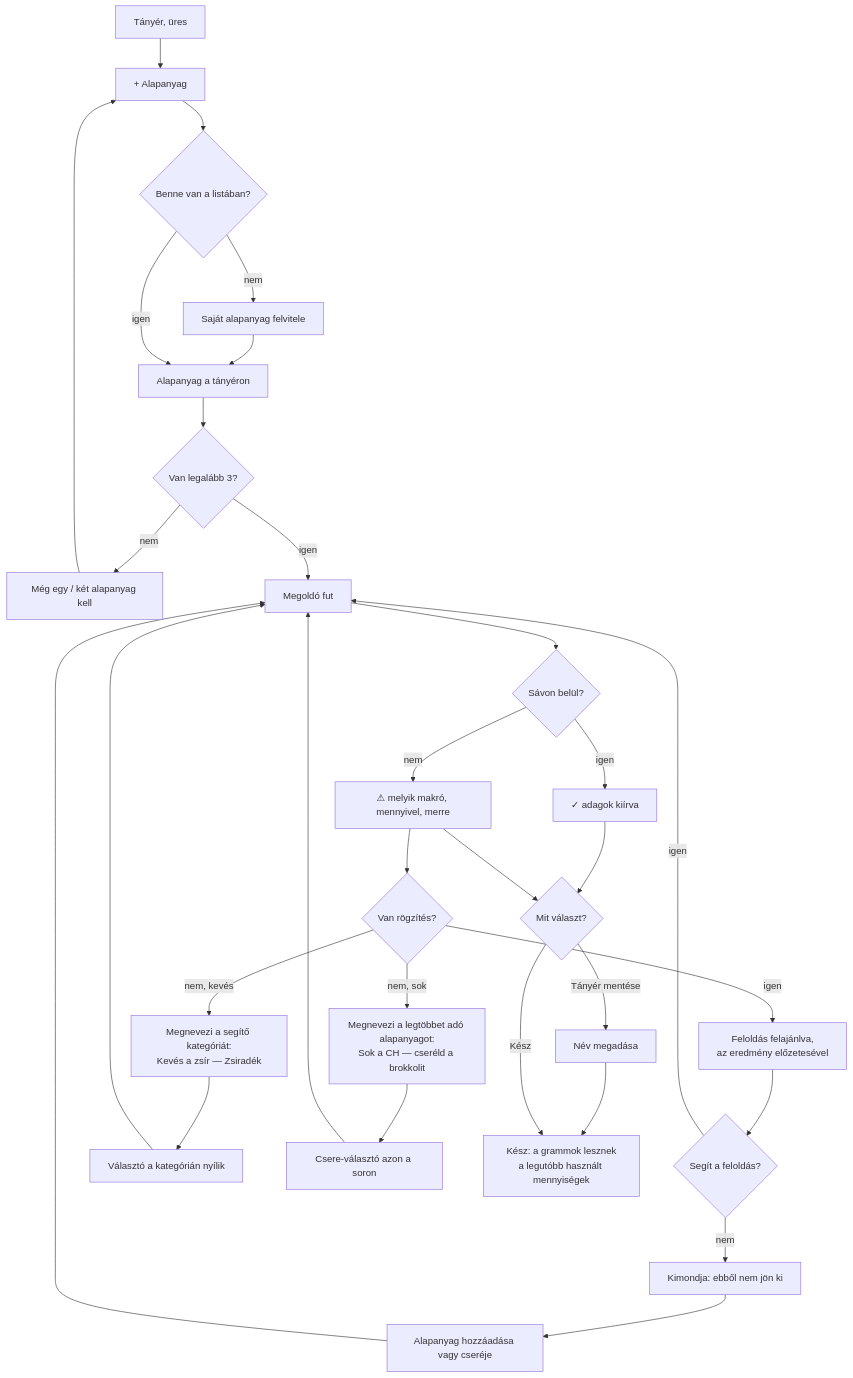
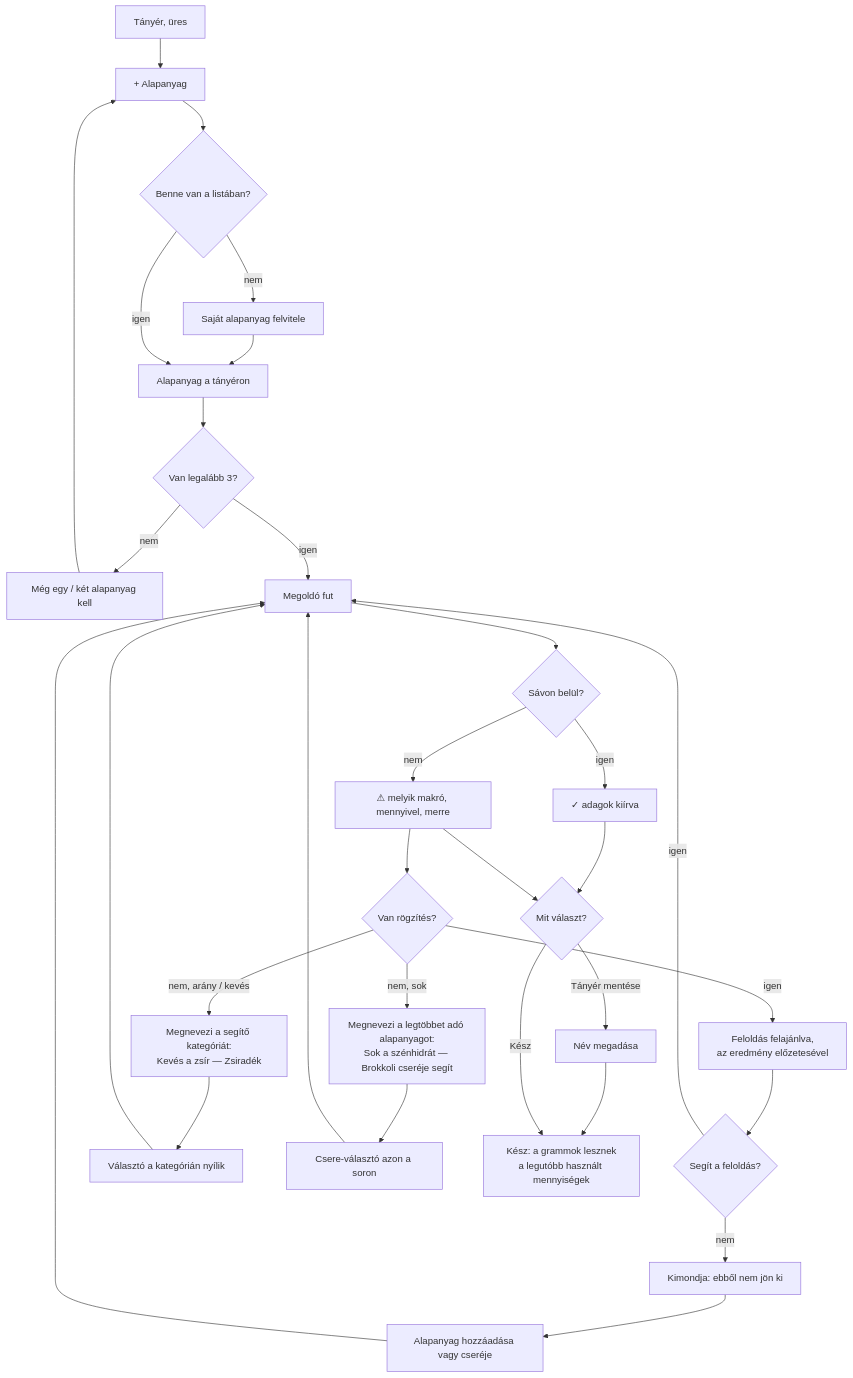
One commit to Izayata/ketara-artifacts changed the first of 3 diagrams in ketara-folyamatok-kepernyok.md. Above: the diagram before and after it, drawn with Mermaid. The commit also changed other lines of this file and 3 other files, not shown here.

````diff
--- a/ketara-folyamatok-kepernyok.md
+++ b/ketara-folyamatok-kepernyok.md
@@ -34,29 +34,29 @@
 ```mermaid
 flowchart TD
     A[Tányér, üres] --> B[+ Alapanyag]
     B --> C{Benne van a listában?}
     C -- nem --> D[Saját alapanyag felvitele]
     D --> E
     C -- igen --> E[Alapanyag a tányéron]
     E --> F{Van legalább 3?}
     F -- nem --> G["Még egy / két alapanyag kell"] --> B
     F -- igen --> H[Megoldó fut]
     H --> I{Sávon belül?}
     I -- igen --> J["✓ adagok kiírva"]
     I -- nem --> K["⚠ melyik makró, mennyivel, merre"]
     K --> L{Van rögzítés?}
     L -- igen --> M["Feloldás felajánlva,<br/>az eredmény előzetesével"]
     M --> N{Segít a feloldás?}
     N -- igen --> H
     N -- nem --> O["Kimondja: ebből nem jön ki"]
-    L -- "nem, kevés" --> O2["Megnevezi a segítő kategóriát:<br/>Kevés a zsír — Zsiradék"]
+    L -- "nem, arány / kevés" --> O2["Megnevezi a segítő kategóriát:<br/>Kevés a zsír — Zsiradék"]
     O2 --> P2[Választó a kategórián nyílik] --> H
-    L -- "nem, sok" --> O3["Megnevezi a legtöbbet adó alapanyagot:<br/>Sok a CH — cseréld a brokkolit"]
+    L -- "nem, sok" --> O3["Megnevezi a legtöbbet adó alapanyagot:<br/>Sok a szénhidrát — Brokkoli cseréje segít"]
     O3 --> P3[Csere-választó azon a soron] --> H
     O --> P[Alapanyag hozzáadása vagy cseréje]
     P --> H
     J --> R{Mit választ?}
     K --> R
     R -- "Tányér mentése" --> S[Név megadása] --> T
     R -- "Kész" --> T["Kész: a grammok lesznek<br/>a legutóbb használt mennyiségek"]
 ```
````
